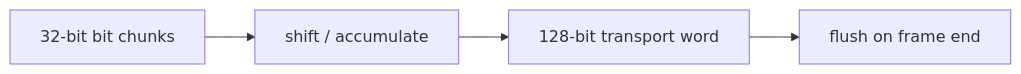
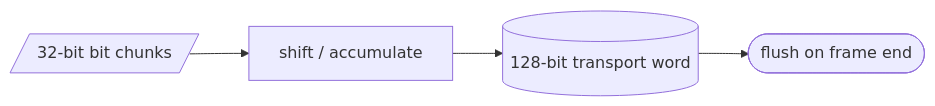
Before and after one commit to ngoquocan139/AES_huffman_all6: the diagram in docs/bit_packer_128_spec.md, drawn with Mermaid. The commit also changed 28 other files, not shown here.

````diff
--- a/docs/bit_packer_128_spec.md
+++ b/docs/bit_packer_128_spec.md
@@ -39,6 +39,6 @@
 ```mermaid
 flowchart LR
-  IN["32-bit bit chunks"] --> SH["shift / accumulate"]
-  SH --> OUT["128-bit transport word"]
-  OUT --> FLUSH["flush on frame end"]
+  IN[/"32-bit bit chunks"/] --> SH["shift / accumulate"]
+  SH --> OUT[("128-bit transport word")]
+  OUT --> FLUSH(["flush on frame end"])
 ```
````
